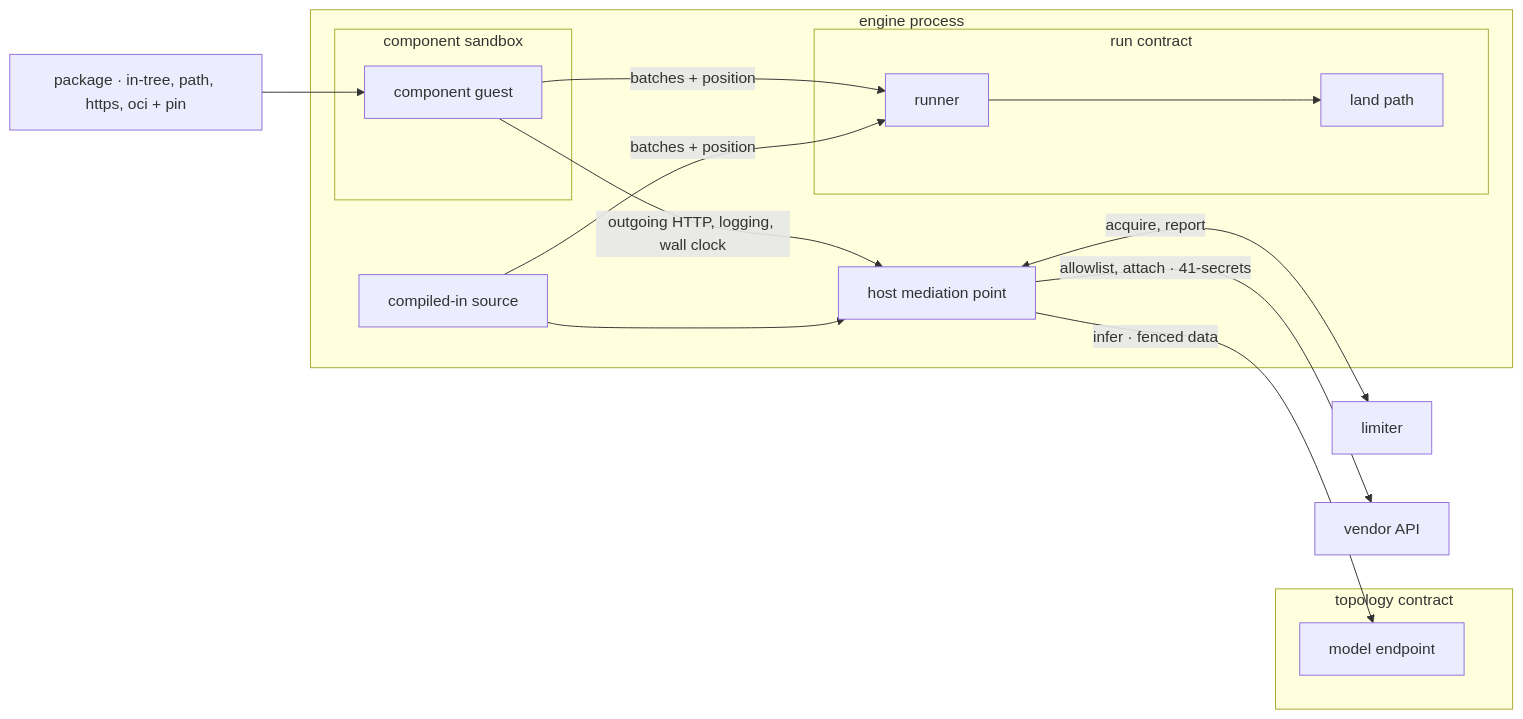
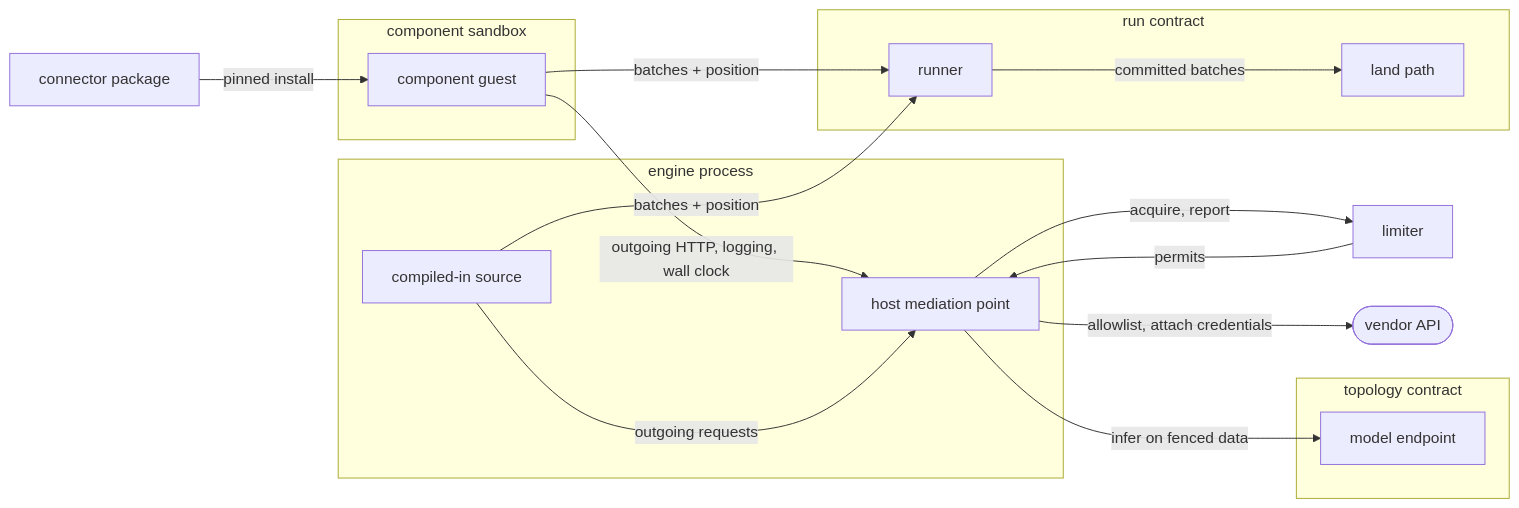
Before and after one commit to fractalboxdev/contextful: the first of 5 diagrams in spec/40-connector.md, drawn with Mermaid. The commit also changed other lines of this file and 44 other files, not shown here.

First line of the commit message:
spec: diagrams draw entities and flows, and the checker enforces it (#12)

````diff
--- a/spec/40-connector.md
+++ b/spec/40-connector.md
@@ -22,28 +22,29 @@
 ```mermaid
 flowchart LR
-  PKG["package · in-tree, path, https, oci + pin"] --> GUEST
+  PKG["connector package"] -->|"pinned install"| GUEST
+  subgraph SANDBOX["component sandbox"]
+    GUEST["component guest"]
+  end
   subgraph ENGINE["engine process"]
-    subgraph SANDBOX["component sandbox"]
-      GUEST["component guest"]
-    end
     NATIVE["compiled-in source"]
     MED["host mediation point"]
-    subgraph RUNC["run contract"]
-      RUN["runner"]
-      LAND["land path"]
-    end
+  end
+  subgraph RUNC["run contract"]
+    RUN["runner"]
+    LAND["land path"]
   end
   LIM["limiter"]
-  VEND["vendor API"]
+  VEND(["vendor API"])
   subgraph TOPO["topology contract"]
     MODEL["model endpoint"]
   end
   GUEST -->|"outgoing HTTP, logging, wall clock"| MED
-  NATIVE --> MED
-  MED <-->|"acquire, report"| LIM
-  MED -->|"allowlist, attach · 41-secrets"| VEND
-  MED -->|"infer · fenced data"| MODEL
+  NATIVE -->|"outgoing requests"| MED
+  MED -->|"acquire, report"| LIM
+  LIM -->|"permits"| MED
+  MED -->|"allowlist, attach credentials"| VEND
+  MED -->|"infer on fenced data"| MODEL
   GUEST -->|"batches + position"| RUN
   NATIVE -->|"batches + position"| RUN
-  RUN --> LAND
+  RUN -->|"committed batches"| LAND
 ```
````
